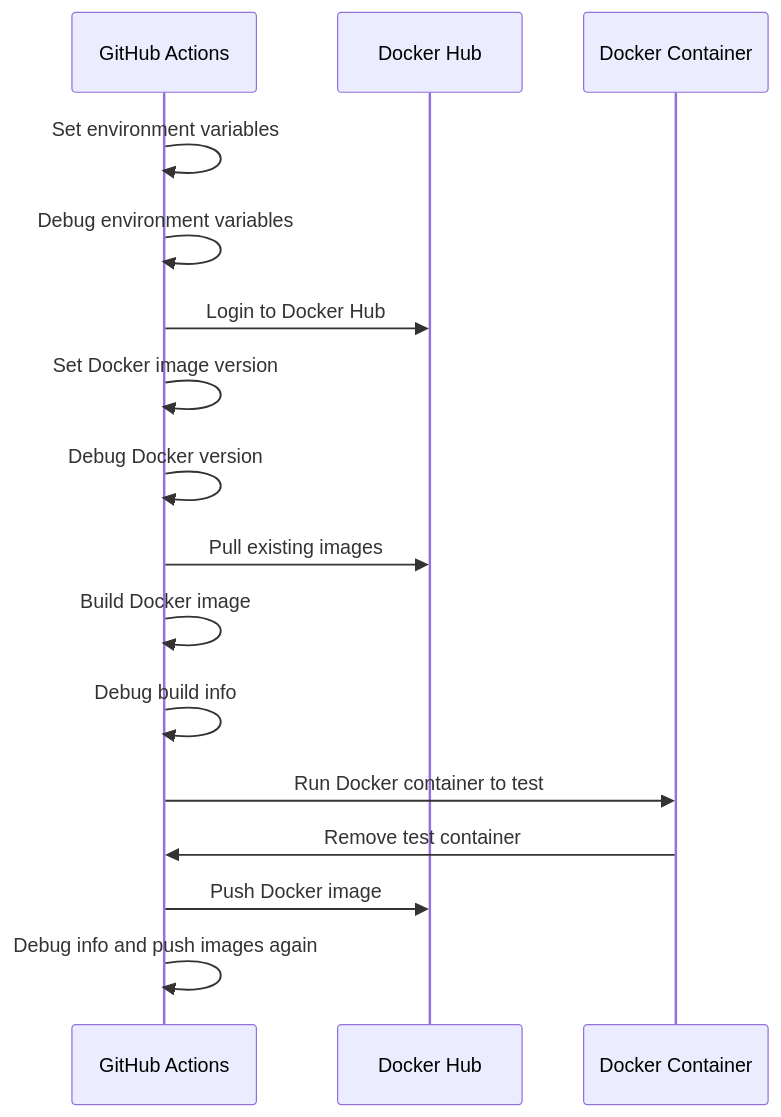
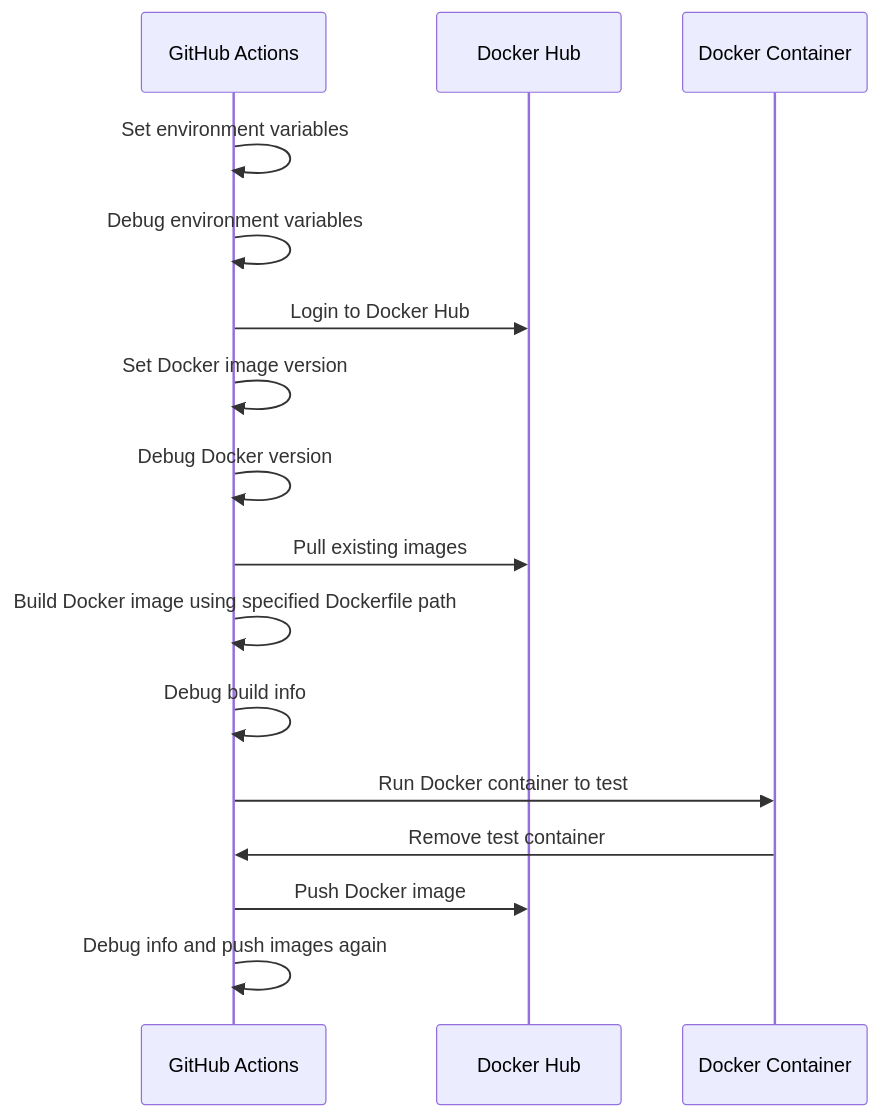
One commit to ronihdzz/push-to-dockerhub-action changed the diagram in README.md. Above: the diagram before and after it, drawn with Mermaid. The commit also changed other lines of this file and 1 other file, not shown here.

First line of the commit message:
feat: Add customizable Dockerfile path, branch-environment mapping, and enhanced logging

````diff
--- a/README.md
+++ b/README.md
@@ -36,19 +37,19 @@
 ```mermaid
 sequenceDiagram
     participant GitHub Actions
     participant Docker Hub
     participant Docker Container
 
     GitHub Actions->>GitHub Actions: Set environment variables
     GitHub Actions->>GitHub Actions: Debug environment variables
     GitHub Actions->>Docker Hub: Login to Docker Hub
     GitHub Actions->>GitHub Actions: Set Docker image version
     GitHub Actions->>GitHub Actions: Debug Docker version
     GitHub Actions->>Docker Hub: Pull existing images
-    GitHub Actions->>GitHub Actions: Build Docker image
+    GitHub Actions->>GitHub Actions: Build Docker image using specified Dockerfile path
     GitHub Actions->>GitHub Actions: Debug build info
     GitHub Actions->>Docker Container: Run Docker container to test
     Docker Container->>GitHub Actions: Remove test container
     GitHub Actions->>Docker Hub: Push Docker image
     GitHub Actions->>GitHub Actions: Debug info and push images again
 ```
````
